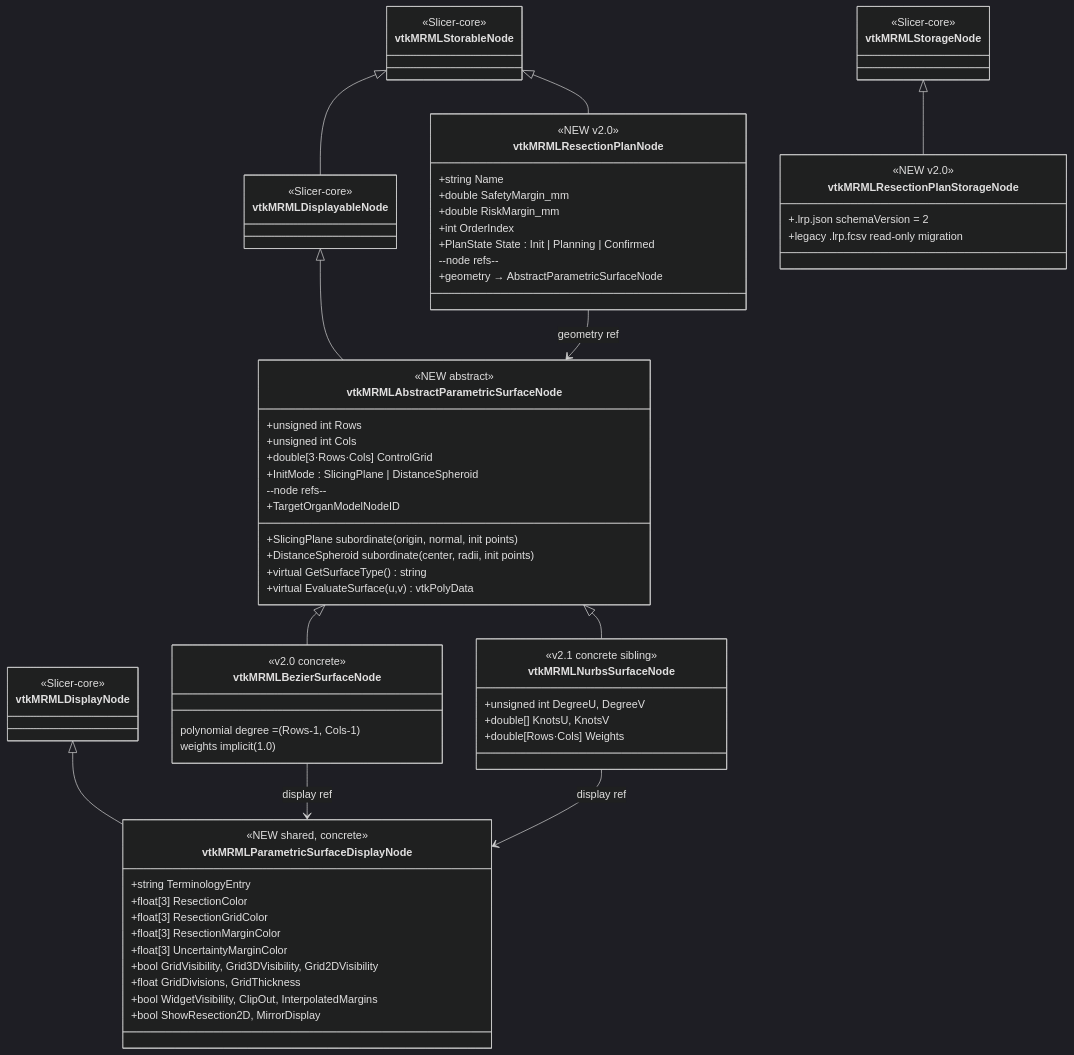
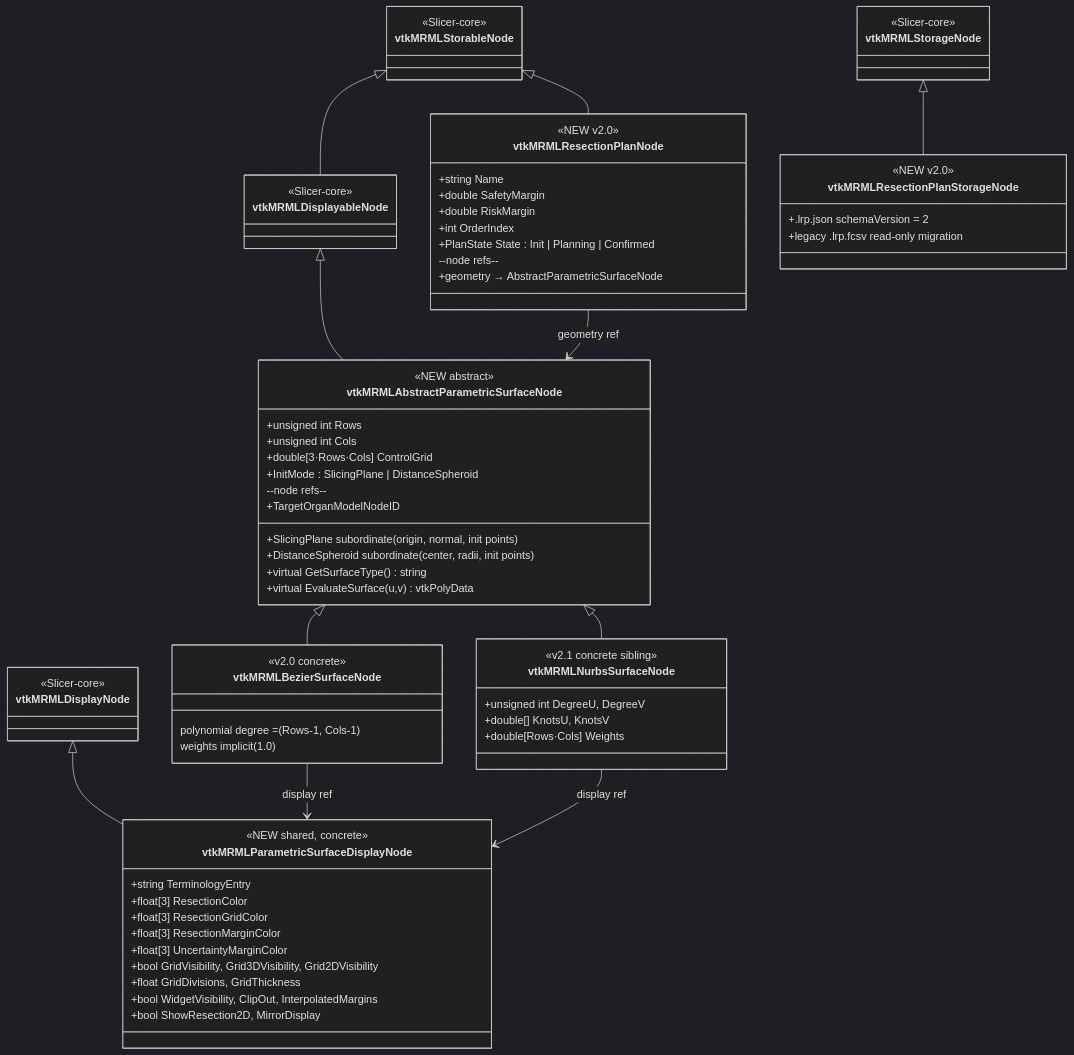
One commit to ALive-research/Slicer-Liver changed the first of 2 diagrams in Docs/design/resection-plan-architecture/01-class-hierarchy.md. Above: the diagram before and after it, drawn with Mermaid (dark theme). The commit also changed 6 other files, not shown here.

```diff
--- a/Docs/design/resection-plan-architecture/01-class-hierarchy.md
+++ b/Docs/design/resection-plan-architecture/01-class-hierarchy.md
@@ -30,8 +30,8 @@
     class vtkMRMLResectionPlanNode {
         <<NEW v2.0>>
         +string Name
-        +double SafetyMargin_mm
-        +double RiskMargin_mm
+        +double SafetyMargin
+        +double RiskMargin
         +int OrderIndex
         +PlanState State : Init | Planning | Confirmed
         --node refs--
```
